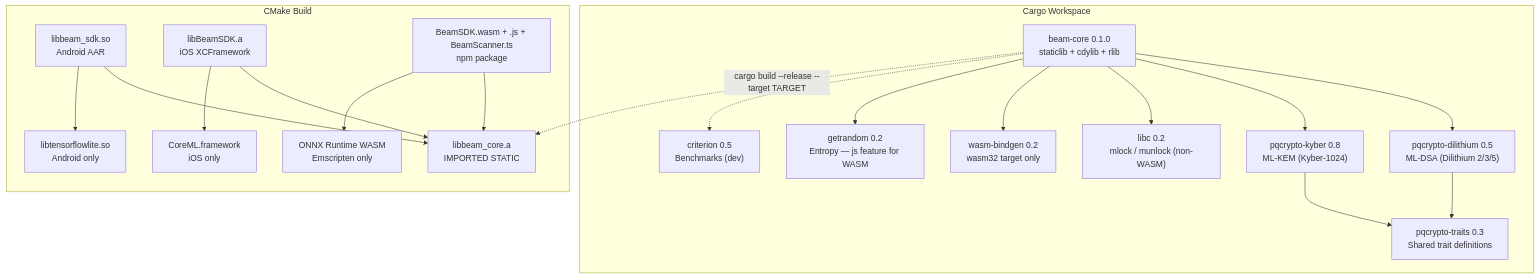
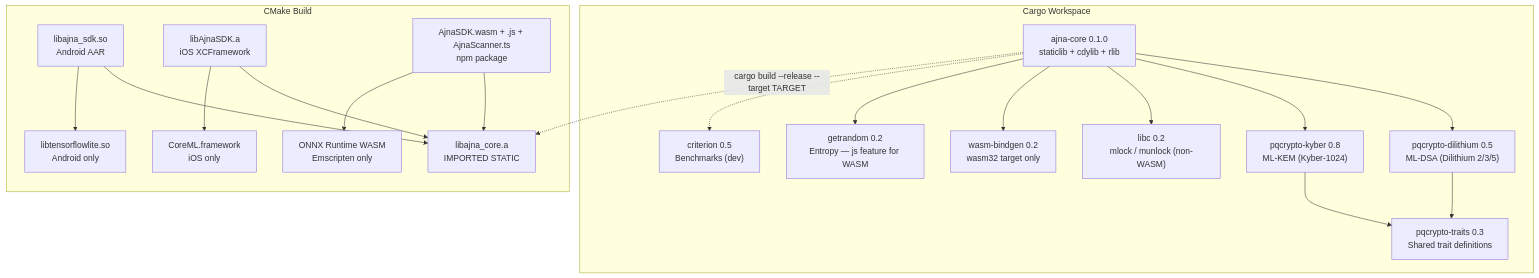
Before and after one commit to NeoOne601/beam-sdk: the tenth of 11 diagrams in README.md, drawn with Mermaid. The commit also changed other lines of this file and 146 other files, not shown here.

First line of the commit message:
refactor: rebrand Beam to Ajna across workspace, FFI, platform bridges, and docs

````diff
--- a/README.md
+++ b/README.md
@@ -462,41 +462,41 @@
 ```mermaid
 flowchart TD
     subgraph CARGO["Cargo Workspace"]
-        BC["beam-core 0.1.0\nstaticlib + cdylib + rlib"]
+        BC["ajna-core 0.1.0\nstaticlib + cdylib + rlib"]
         PQCD["pqcrypto-dilithium 0.5\nML-DSA (Dilithium 2/3/5)"]
         PQCK["pqcrypto-kyber 0.8\nML-KEM (Kyber-1024)"]
         PQCT["pqcrypto-traits 0.3\nShared trait definitions"]
         LIBC["libc 0.2\nmlock / munlock (non-WASM)"]
         WBIND["wasm-bindgen 0.2\nwasm32 target only"]
         GETR["getrandom 0.2\nEntropy — js feature for WASM"]
         CRIT["criterion 0.5\nBenchmarks (dev)"]
 
         BC --> PQCD
         BC --> PQCK
         PQCD --> PQCT
         PQCK --> PQCT
         BC --> LIBC
         BC --> WBIND
         BC --> GETR
         BC -.-> CRIT
     end
 
     subgraph CMAKE["CMake Build"]
-        AND_SO["libbeam_sdk.so\nAndroid AAR"]
-        IOS_ST["libBeamSDK.a\niOS XCFramework"]
-        WB["BeamSDK.wasm + .js + BeamScanner.ts\nnpm package"]
-        RS_A["libbeam_core.a\nIMPORTED STATIC"]
+        AND_SO["libajna_sdk.so\nAndroid AAR"]
+        IOS_ST["libAjnaSDK.a\niOS XCFramework"]
+        WB["AjnaSDK.wasm + .js + AjnaScanner.ts\nnpm package"]
+        RS_A["libajna_core.a\nIMPORTED STATIC"]
         TFL["libtensorflowlite.so\nAndroid only"]
         CML["CoreML.framework\niOS only"]
         ORT["ONNX Runtime WASM\nEmscripten only"]
 
         AND_SO --> RS_A
         AND_SO --> TFL
         IOS_ST --> RS_A
         IOS_ST --> CML
         WB --> RS_A
         WB --> ORT
     end
 
     BC -.->|"cargo build --release --target TARGET"| RS_A
 ```
````
